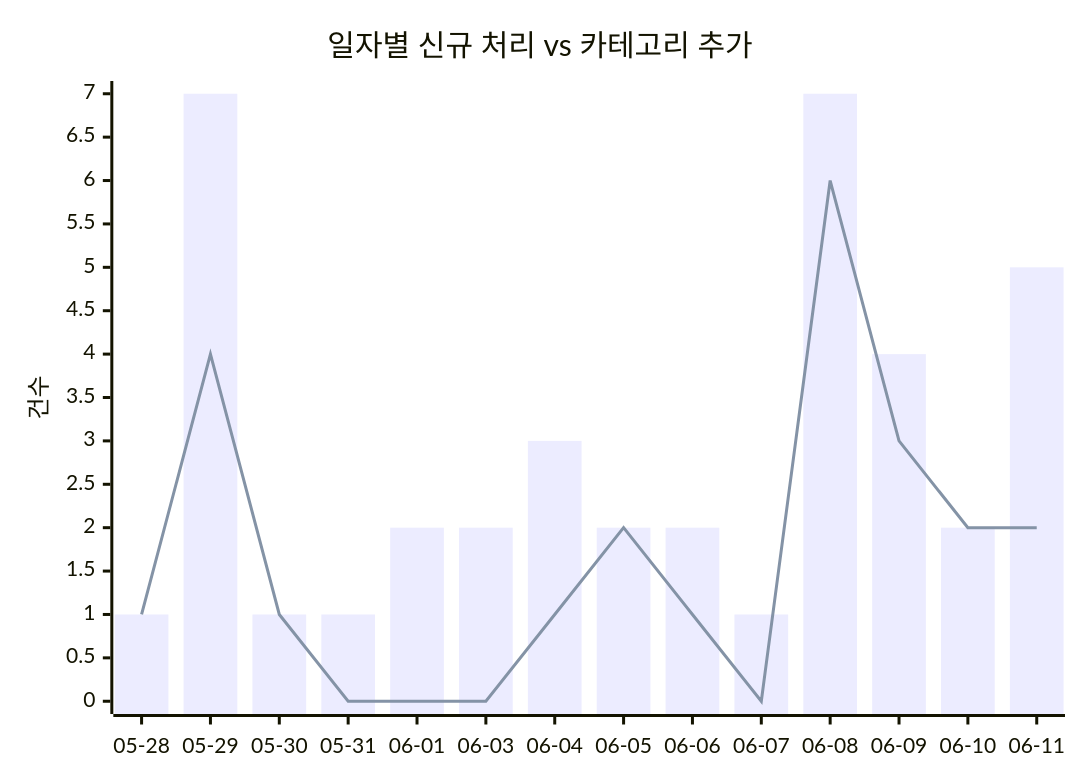
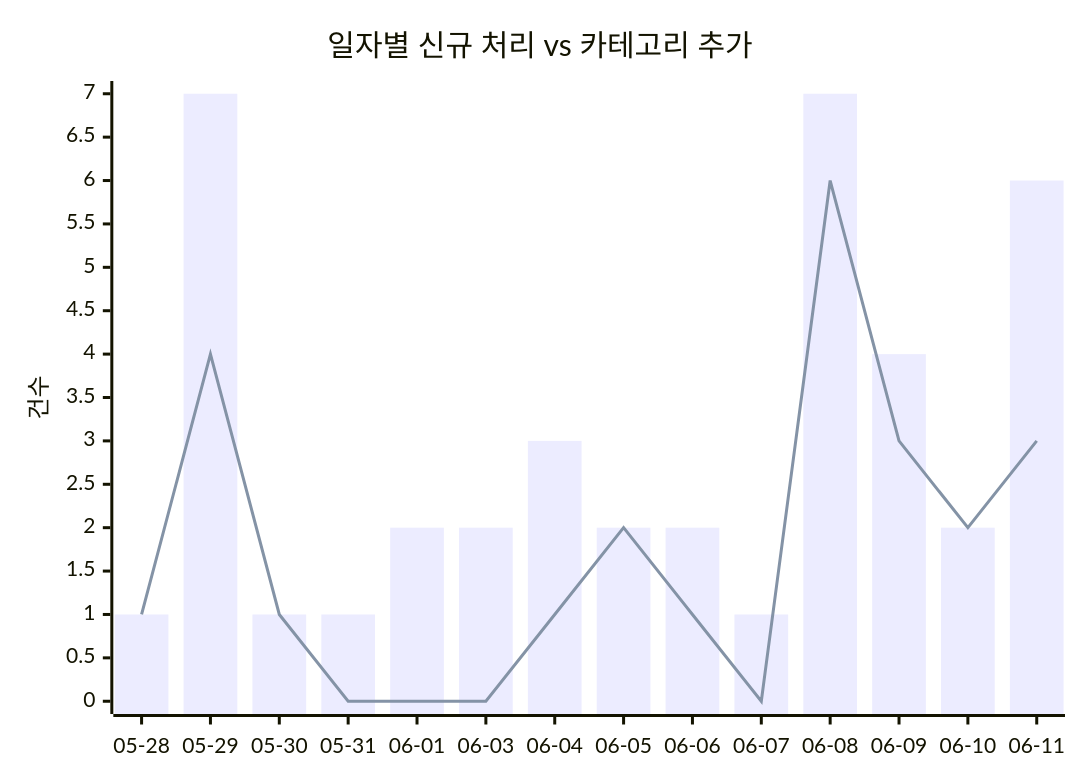
The first of 2 diagrams in docs/trends.md (J-nowcow/awesome-korean-agent-skills), drawn with Mermaid before and after one commit. The commit also changed other lines of this file and 3 other files, not shown here.

````diff
--- a/docs/trends.md
+++ b/docs/trends.md
@@ -32,8 +32,8 @@
 ```mermaid
 xychart-beta
     title "일자별 신규 처리 vs 카테고리 추가"
     x-axis ["05-28","05-29","05-30","05-31","06-01","06-03","06-04","06-05","06-06","06-07","06-08","06-09","06-10","06-11"]
     y-axis "건수"
-    bar [1,7,1,1,2,2,3,2,2,1,7,4,2,5]
-    line [1,4,1,0,0,0,1,2,1,0,6,3,2,2]
+    bar [1,7,1,1,2,2,3,2,2,1,7,4,2,6]
+    line [1,4,1,0,0,0,1,2,1,0,6,3,2,3]
 ```
````
